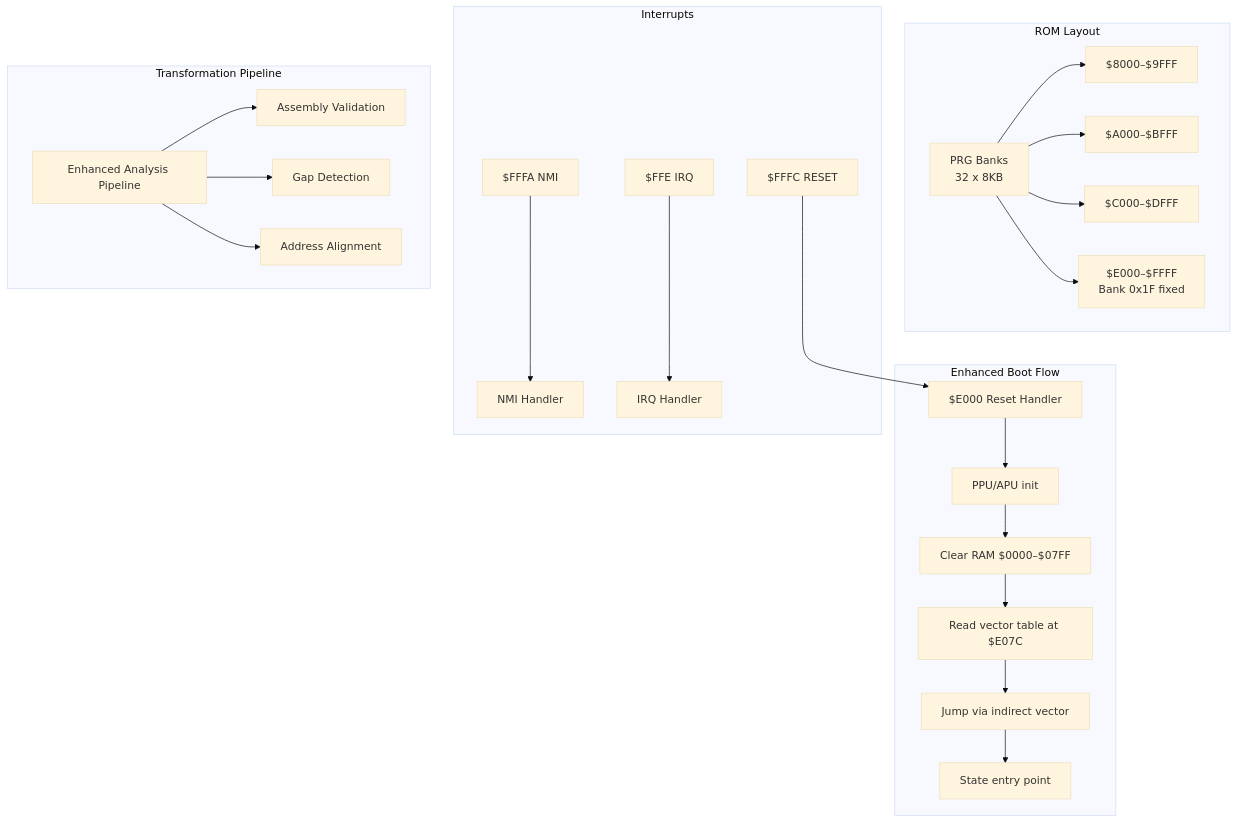
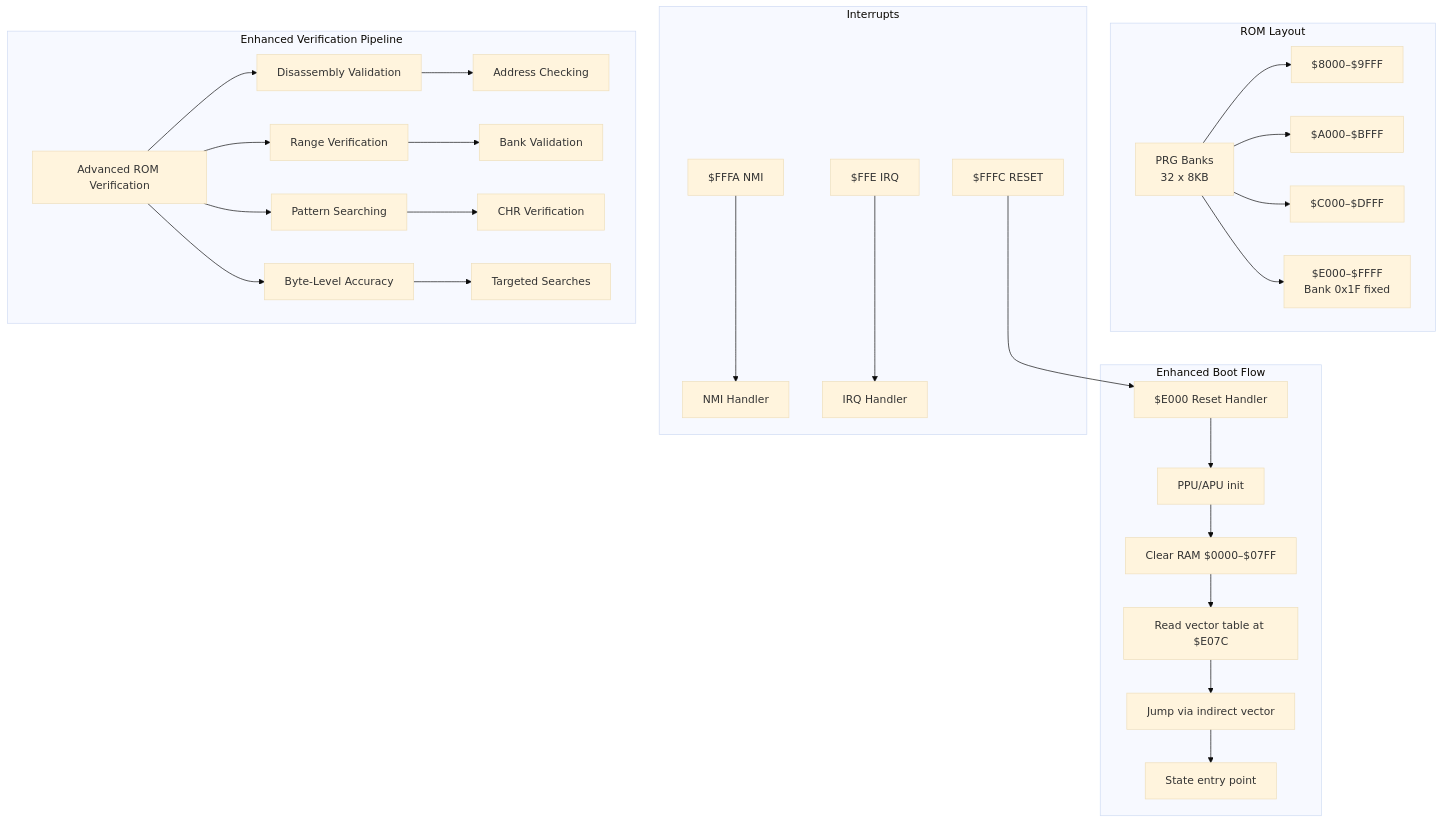
Before and after one commit to rabbyzero/sango2dasm: the second of 10 diagrams in .qoder/repowiki/en/content/ROM Analysis and Understanding/ROM Analysis and Understanding.md, drawn with Mermaid (base theme). The commit also changed other lines of this file and 16 other files, not shown here.

Commit message:
bank $1f structure update. bank $17$18 analysis WIP.

````diff
--- a/.qoder/repowiki/en/content/ROM Analysis and Understanding/ROM Analysis and Understanding.md
+++ b/.qoder/repowiki/en/content/ROM Analysis and Understanding/ROM Analysis and Understanding.md
@@ -140,26 +177,31 @@
 ```mermaid
 graph TB
 subgraph "ROM Layout"
 PRG["PRG Banks<br/>32 x 8KB"] --> S8["$8000–$9FFF"]
 PRG --> SA["$A000–$BFFF"]
 PRG --> SC["$C000–$DFFF"]
 PRG --> SF["$E000–$FFFF<br/>Bank 0x1F fixed"]
 end
 subgraph "Enhanced Boot Flow"
 RST["$E000 Reset Handler"] --> INIT["PPU/APU init"]
 INIT --> CLEAR["Clear RAM $0000–$07FF"]
 CLEAR --> VEC["Read vector table at $E07C"]
 VEC --> JUMP["Jump via indirect vector"]
 JUMP --> STATE["State entry point"]
 end
 subgraph "Interrupts"
 NMI["$FFFA NMI"] --> NH["NMI Handler"]
 RST2["$FFFC RESET"] --> RST
 IRQ["$FFE IRQ"] --> IH["IRQ Handler"]
 end
-subgraph "Transformation Pipeline"
-TRANSFORM["Enhanced Analysis Pipeline"] --> VALIDATE["Assembly Validation"]
-TRANSFORM --> GAP["Gap Detection"]
-TRANSFORM --> ALIGN["Address Alignment"]
+subgraph "Enhanced Verification Pipeline"
+VERIFICATION["Advanced ROM Verification"] --> DISASM["Disassembly Validation"]
+VERIFICATION --> RANGE["Range Verification"]
+VERIFICATION --> PATTERN["Pattern Searching"]
+VERIFICATION --> BYTE["Byte-Level Accuracy"]
+DISASM --> ADDR["Address Checking"]
+RANGE --> BANK["Bank Validation"]
+PATTERN --> CHR["CHR Verification"]
+BYTE --> SEARCH["Targeted Searches"]
 end
 ```
````
